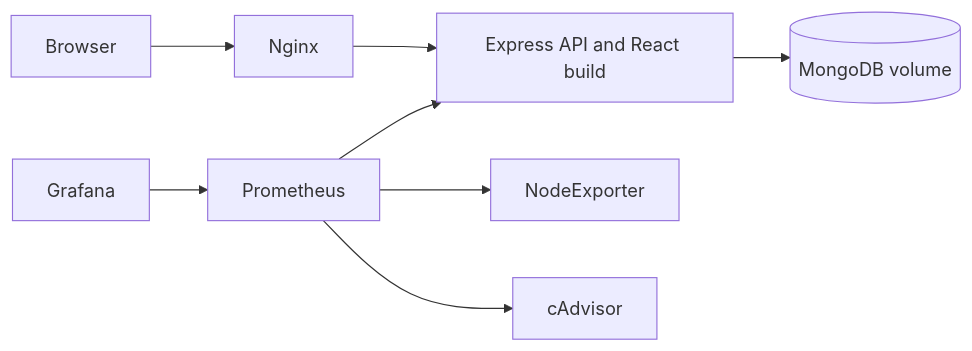
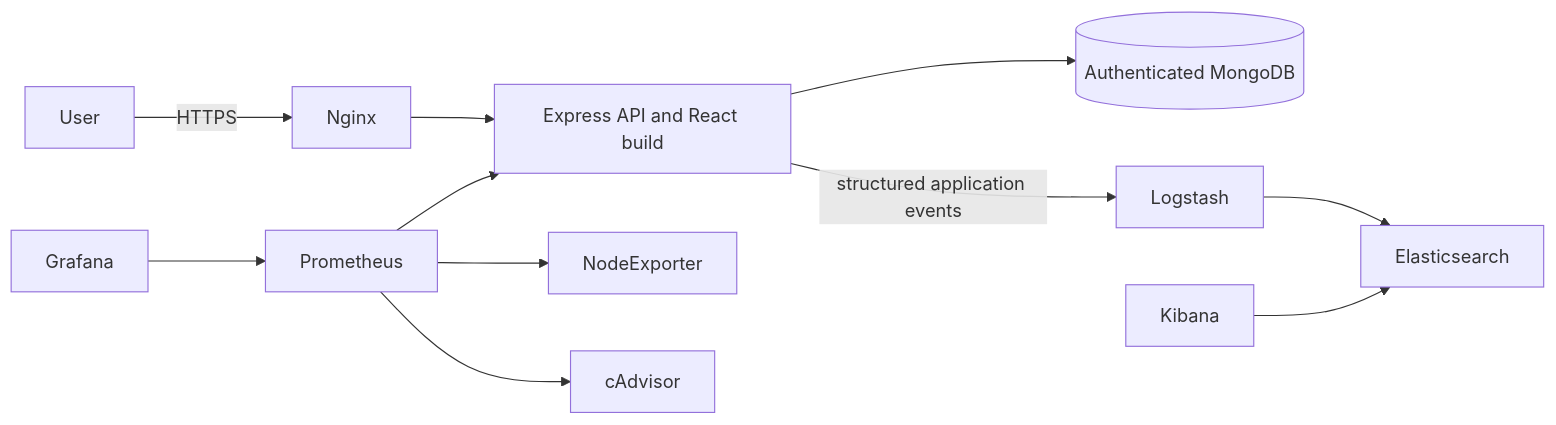
One commit to Shouaib-gf/stage changed the diagram in README.md. Above: the diagram before and after it, drawn with Mermaid. The commit also changed other lines of this file and 45 other files, not shown here.

````diff
--- a/README.md
+++ b/README.md
@@ -7,10 +7,13 @@
 ```mermaid
 flowchart LR
-  Browser --> Nginx
+  User -->|HTTPS| Nginx
   Nginx --> Web[Express API and React build]
-  Web --> Mongo[(MongoDB volume)]
+  Web --> Mongo[(Authenticated MongoDB)]
   Prometheus --> Web
   Prometheus --> NodeExporter
   Prometheus --> cAdvisor
   Grafana --> Prometheus
+  Web -->|structured application events| Logstash
+  Logstash --> Elasticsearch
+  Kibana --> Elasticsearch
 ```
````
